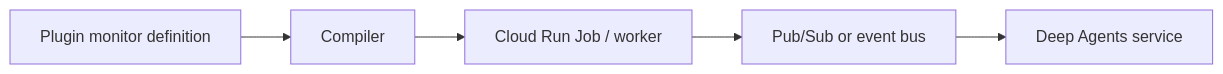
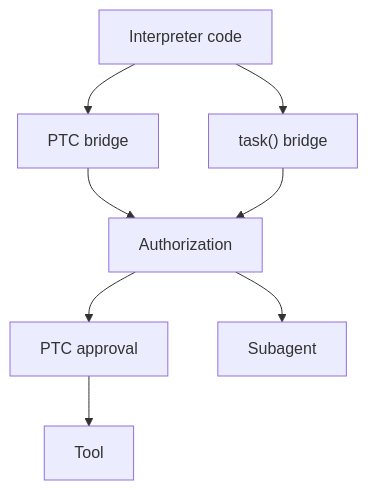
Before and after one commit to yu-iskw/deepagents-plugin-resolver-ts: the fifth of 9 diagrams in RFC.md, drawn with Mermaid. The commit also changed other lines of this file and 3 other files, not shown here.

First line of the commit message:
docs: adopt expanded v2 RFC and update architecture, compatibility, and threat-model docs

````diff
--- a/RFC.md
+++ b/RFC.md
@@ -1292,13 +855,13 @@
 ```mermaid
-flowchart LR
-    Monitor["Plugin monitor definition"]
-    Compiler["Compiler"]
-    Job["Cloud Run Job / worker"]
-    Bus["Pub/Sub or event bus"]
-    Service["Deep Agents service"]
+flowchart TD
+    CODE["Interpreter code"]
+    PTC["PTC bridge"]
+    AUTH["Authorization"]
+    APPROVAL["PTC approval"]
+    TOOL["Tool"]
+    TASK["task() bridge"]
+    SUB["Subagent"]
 
-    Monitor --> Compiler
-    Compiler --> Job
-    Job --> Bus
-    Bus --> Service
+    CODE --> PTC --> AUTH --> APPROVAL --> TOOL
+    CODE --> TASK --> AUTH --> SUB
 ```
````
